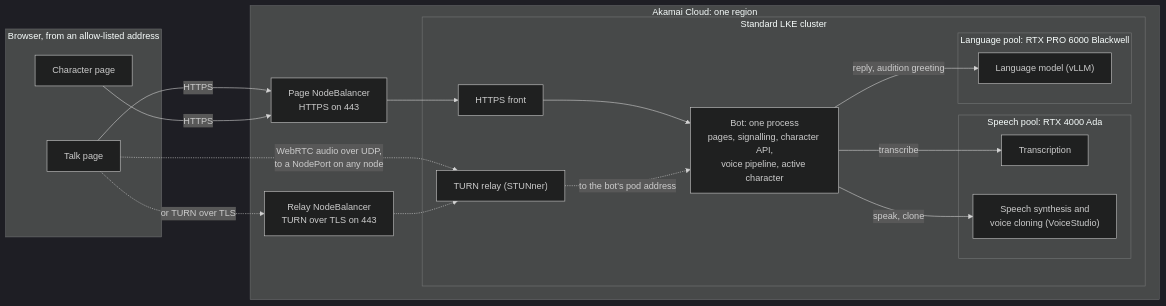
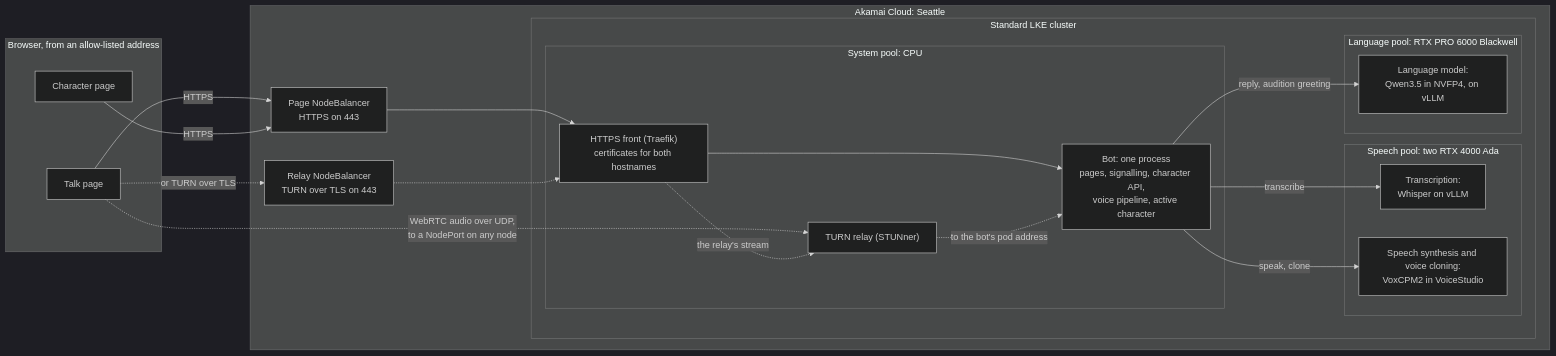
The first of 3 diagrams in docs/design/architecture-overview.md (akafinch/voice-companion-loop), drawn with Mermaid (dark theme) before and after one commit. The commit also changed other lines of this file and 1 other file, not shown here.

````diff
--- a/docs/design/architecture-overview.md
+++ b/docs/design/architecture-overview.md
@@ -27,34 +27,37 @@
 ```mermaid
 flowchart LR
     subgraph user["Browser, from an allow-listed address"]
         talk["Talk page"]
         charpage["Character page"]
     end
 
-    subgraph cloud["Akamai Cloud: one region"]
+    subgraph cloud["Akamai Cloud: Seattle"]
         nbPage["Page NodeBalancer<br/>HTTPS on 443"]
         nbRelay["Relay NodeBalancer<br/>TURN over TLS on 443"]
         subgraph lke["Standard LKE cluster"]
-            front["HTTPS front"]
-            bot["Bot: one process<br/>pages, signalling, character API,<br/>voice pipeline, active character"]
-            relay["TURN relay (STUNner)"]
-            subgraph speech["Speech pool: RTX 4000 Ada"]
-                stt["Transcription"]
-                tts["Speech synthesis and<br/>voice cloning (VoiceStudio)"]
+            subgraph system["System pool: CPU"]
+                front["HTTPS front (Traefik)<br/>certificates for both hostnames"]
+                bot["Bot: one process<br/>pages, signalling, character API,<br/>voice pipeline, active character"]
+                relay["TURN relay (STUNner)"]
+            end
+            subgraph speech["Speech pool: two RTX 4000 Ada"]
+                stt["Transcription:<br/>Whisper on vLLM"]
+                tts["Speech synthesis and voice cloning:<br/>VoxCPM2 in VoiceStudio"]
             end
             subgraph language["Language pool: RTX PRO 6000 Blackwell"]
-                llm["Language model (vLLM)"]
+                llm["Language model:<br/>Qwen3.5 in NVFP4, on vLLM"]
             end
         end
     end
 
     talk -->|HTTPS| nbPage
     charpage -->|HTTPS| nbPage
     nbPage --> front --> bot
     talk -. "WebRTC audio over UDP,<br/>to a NodePort on any node" .-> relay
-    talk -. "or TURN over TLS" .-> nbRelay -.-> relay
+    talk -. "or TURN over TLS" .-> nbRelay -.-> front
+    front -. "the relay's stream" .-> relay
     relay -. "to the bot's pod address" .-> bot
     bot -->|transcribe| stt
     bot -->|"reply, audition greeting"| llm
     bot -->|"speak, clone"| tts
 ```
````
